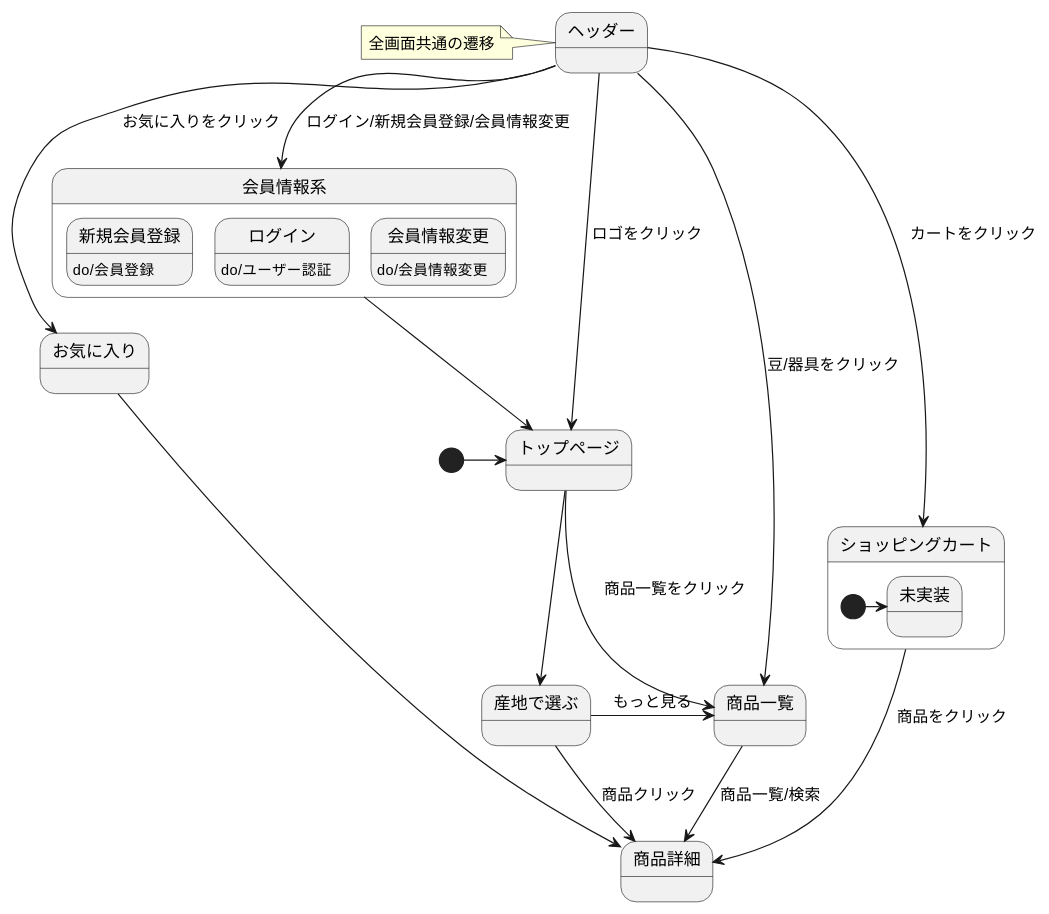
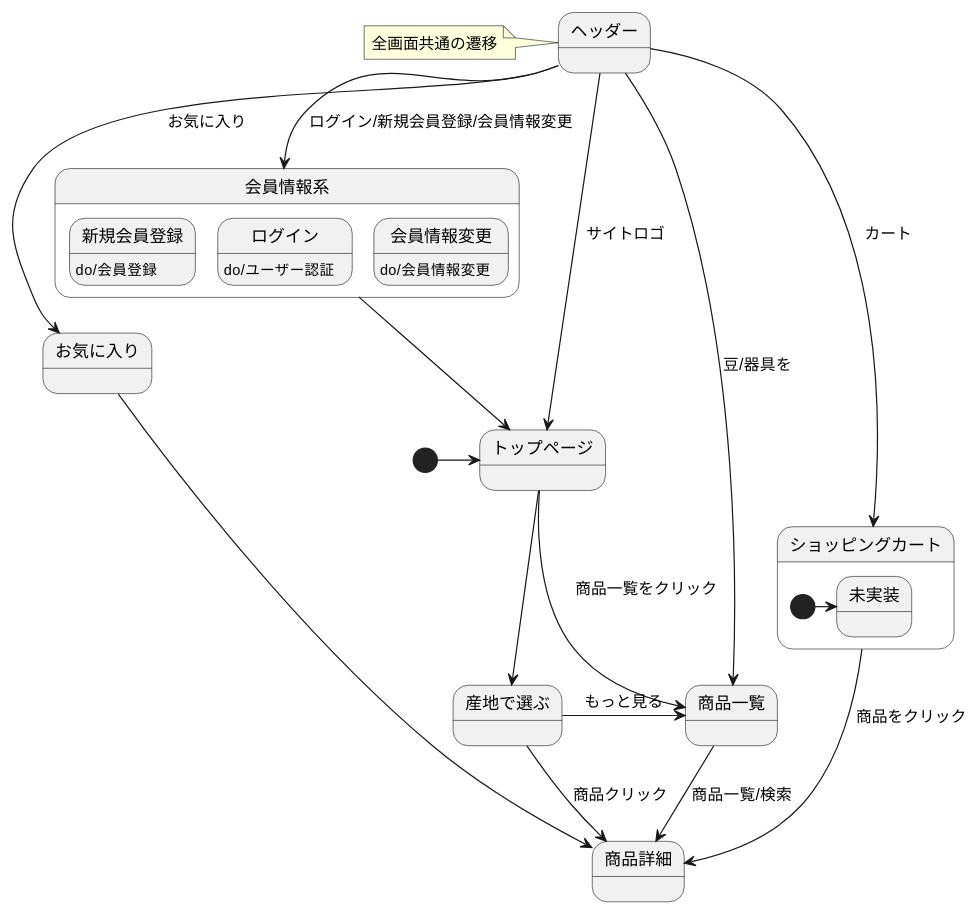
Before and after one commit to Aso2101122/coffeeEC: the diagram in 03_画面遷移図/stm_03.md, drawn with PlantUML.

````diff
--- a/03_画面遷移図/stm_03.md
+++ b/03_画面遷移図/stm_03.md
@@ -2,34 +2,34 @@
 ```uml
 @startuml
 [*]-right->トップページ
 トップページ-right->商品一覧: 商品一覧をクリック
 トップページ-->産地で選ぶ
 産地で選ぶ-right->商品一覧 : もっと見る
 産地で選ぶ-down->商品詳細 : 商品クリック
 商品一覧->商品詳細: 商品一覧/検索
 お気に入り-right->商品詳細
 ショッピングカート->商品詳細: 商品をクリック
 
 state ヘッダー{
 }
 note left of ヘッダー: 全画面共通の遷移
 
 
-ヘッダー-down->トップページ: ロゴをクリック
-ヘッダー-down->商品一覧: 豆/器具をクリック
+ヘッダー-down->トップページ: サイトロゴ
+ヘッダー-down->商品一覧: 豆/器具を
 ヘッダー-down->会員情報系: ログイン/新規会員登録/会員情報変更
-ヘッダー-down->お気に入り: お気に入りをクリック
-ヘッダー-down->ショッピングカート: カートをクリック
+ヘッダー-down->お気に入り: お気に入り
+ヘッダー-down->ショッピングカート: カート
 
 state 会員情報系{
 新規会員登録 : do/会員登録
 ログイン : do/ユーザー認証
 会員情報変更 : do/会員情報変更
 }
 会員情報系-down->トップページ
 
 state ショッピングカート{
 [*]-right->未実装
 }
 @enduml
 ```
````
